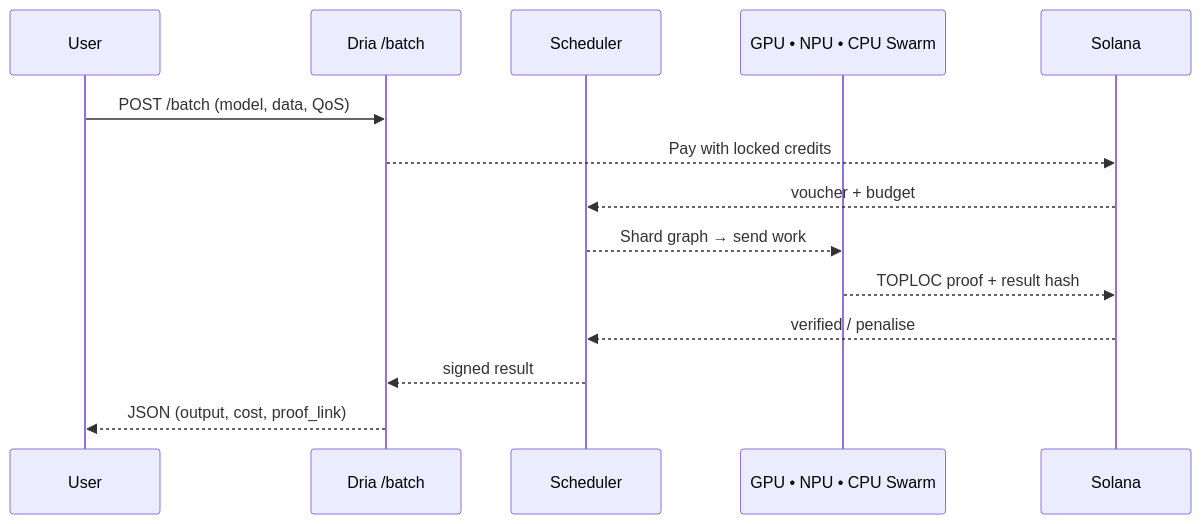
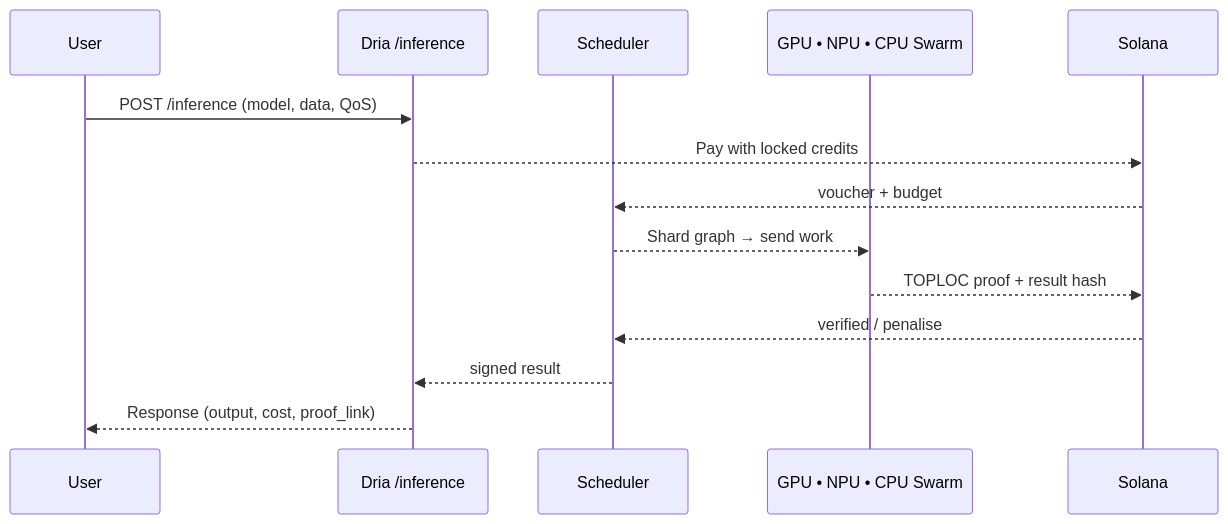
Before and after one commit to aktasbatuhan/docs: the diagram in docs/user-experience.mdx, drawn with Mermaid. The commit also changed other lines of this file and 4 other files, not shown here.

````diff
--- a/docs/user-experience.mdx
+++ b/docs/user-experience.mdx
@@ -23,17 +23,17 @@
 ```mermaid
 sequenceDiagram
     participant User
-    participant API as Dria /batch
+    participant API as Dria /inference
     participant Scheduler
     participant Workers as GPU • NPU • CPU Swarm
     participant Solana
     
-    User->>API: POST /batch (model, data, QoS)
+    User->>API: POST /inference (model, data, QoS)
     API-->>Solana: Pay with locked credits
     Solana-->>Scheduler: voucher + budget
     Scheduler-->>Workers: Shard graph → send work
     Workers-->>Solana: TOPLOC proof + result hash
     Solana-->>Scheduler: verified / penalise
     Scheduler-->>API: signed result
-    API-->>User: JSON (output, cost, proof_link)
+    API-->>User: Response (output, cost, proof_link)
 ```
````
